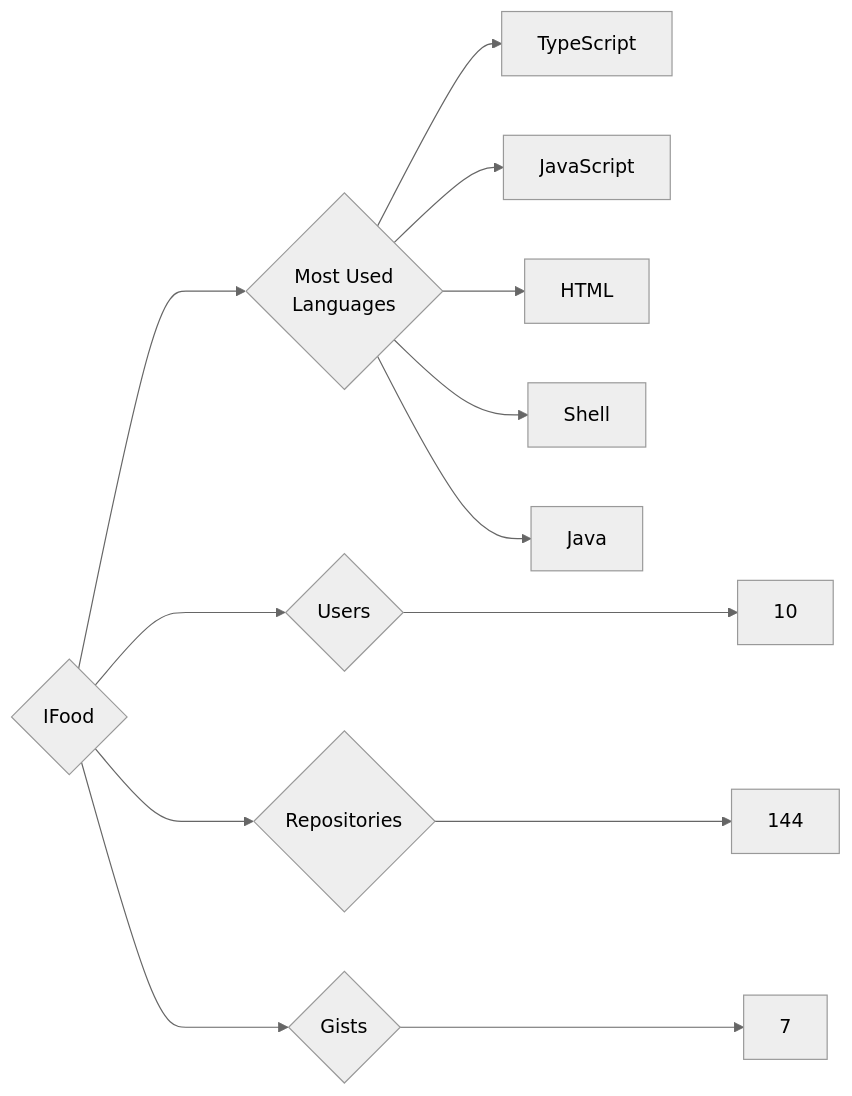
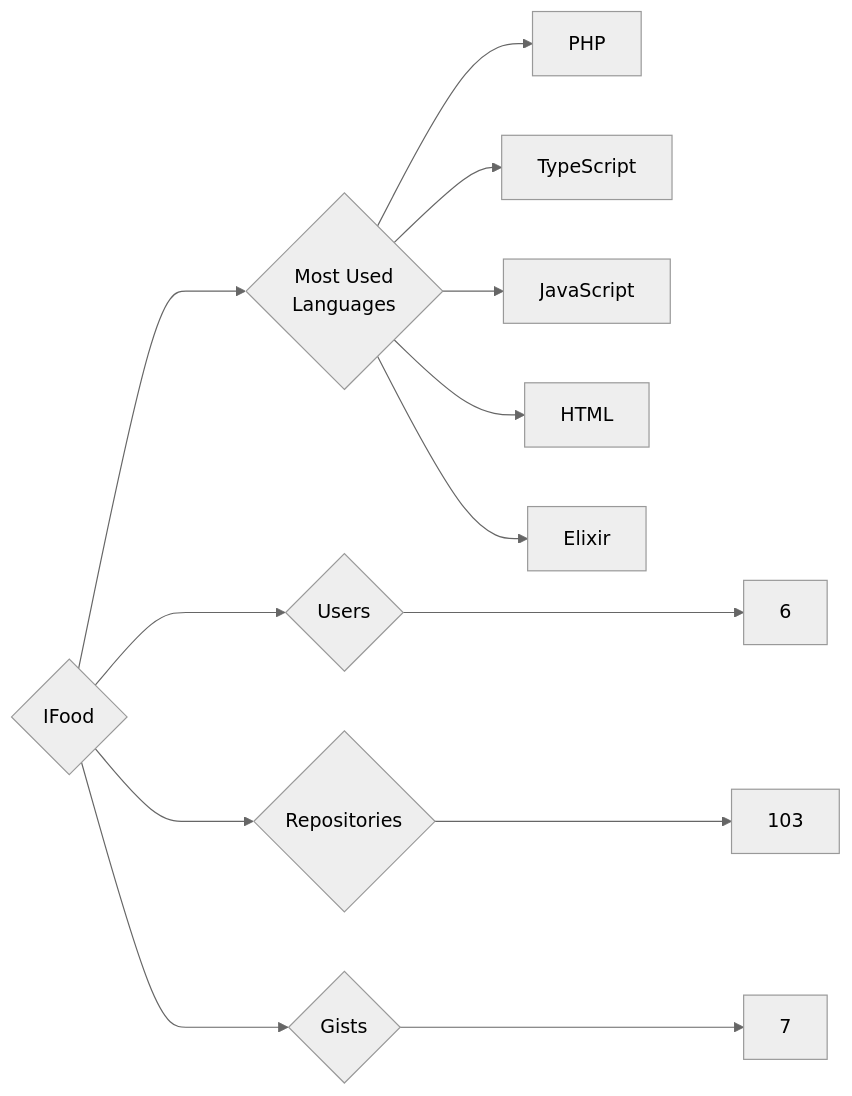
Before and after one commit to trickest/insiders: the diagram in targets/IFood/README.md, drawn with Mermaid (neutral theme). The commit also changed 985 other files, not shown here.

````diff
--- a/targets/IFood/README.md
+++ b/targets/IFood/README.md
@@ -3,13 +3,13 @@
 ```mermaid
 graph LR
 COMPANY_NAME{IFood}
-COMPANY_NAME ---> U{Users} ---> UN[10]
-COMPANY_NAME ---> R{Repositories} ---> RN[144]
+COMPANY_NAME ---> U{Users} ---> UN[6]
+COMPANY_NAME ---> R{Repositories} ---> RN[103]
 COMPANY_NAME ---> G{Gists} ---> GN[7]
 COMPANY_NAME ---> ML{Most Used<br>Languages}
+ML --> PHP[PHP]
 ML --> TypeScript[TypeScript]
 ML --> JavaScript[JavaScript]
 ML --> HTML[HTML]
-ML --> Shell[Shell]
-ML --> Java[Java]
+ML --> Elixir[Elixir]
 ```
````
